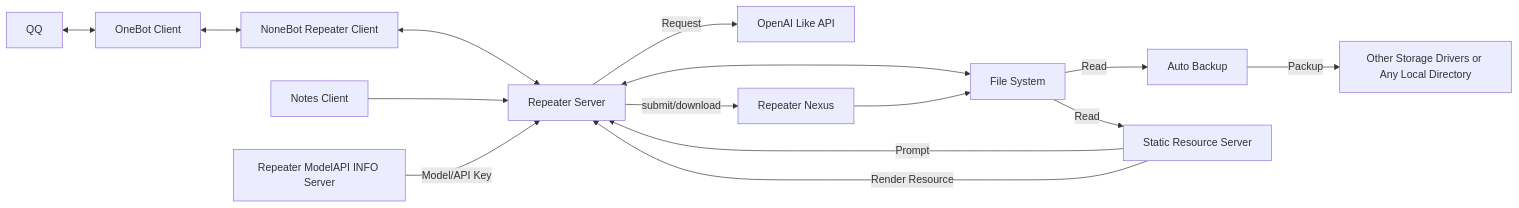
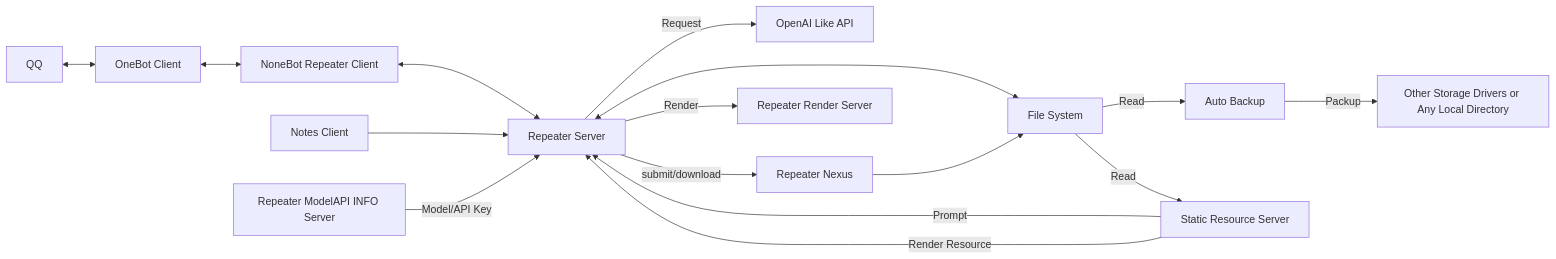
Before and after one commit to qeggs-dev/repeater-document-library: the diagram in docs/index.md, drawn with Mermaid. The commit also changed other lines of this file, not shown here.

````diff
--- a/docs/index.md
+++ b/docs/index.md
@@ -123,17 +124,18 @@
 ``` mermaid
 graph LR
     QQ <--> A
     A[OneBot Client] <--> B[NoneBot Repeater Client]
     B <--> C[Repeater Server]
     C -->|Request| D[OpenAI Like API]
     C <--> E[File System]
     F[Notes Client] --> C
     E -->|Read| G[Auto Backup]
     G -->|Packup| H[Other Storage Drivers or Any Local Directory]
     I[Repeater ModelAPI INFO Server] -->|Model/API Key| C
     J[Static Resource Server] -->|Prompt| C
     J -->|Render Resource| C
     E -->|Read| J
     C -->|submit/download| K[Repeater Nexus]
     K --> E
+    C -->|Render| L[Repeater Render Server]
 ```
````
